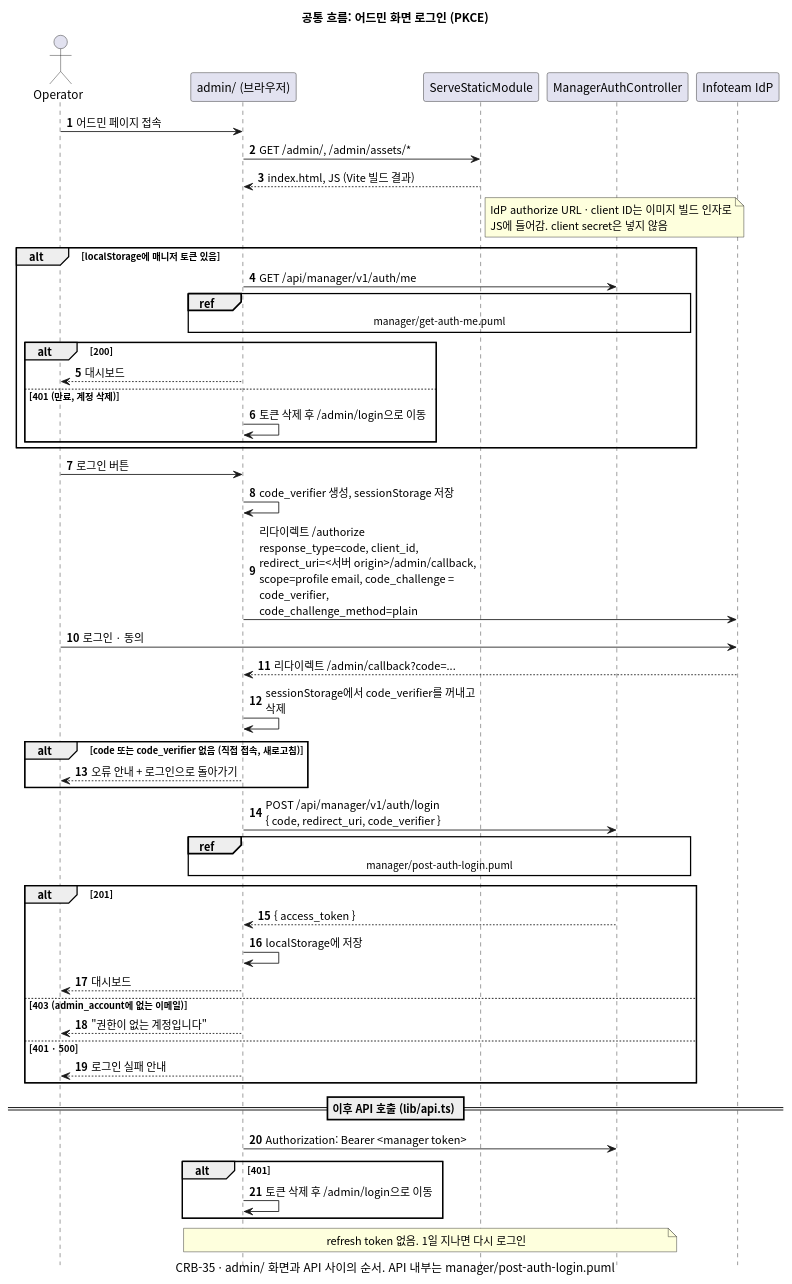
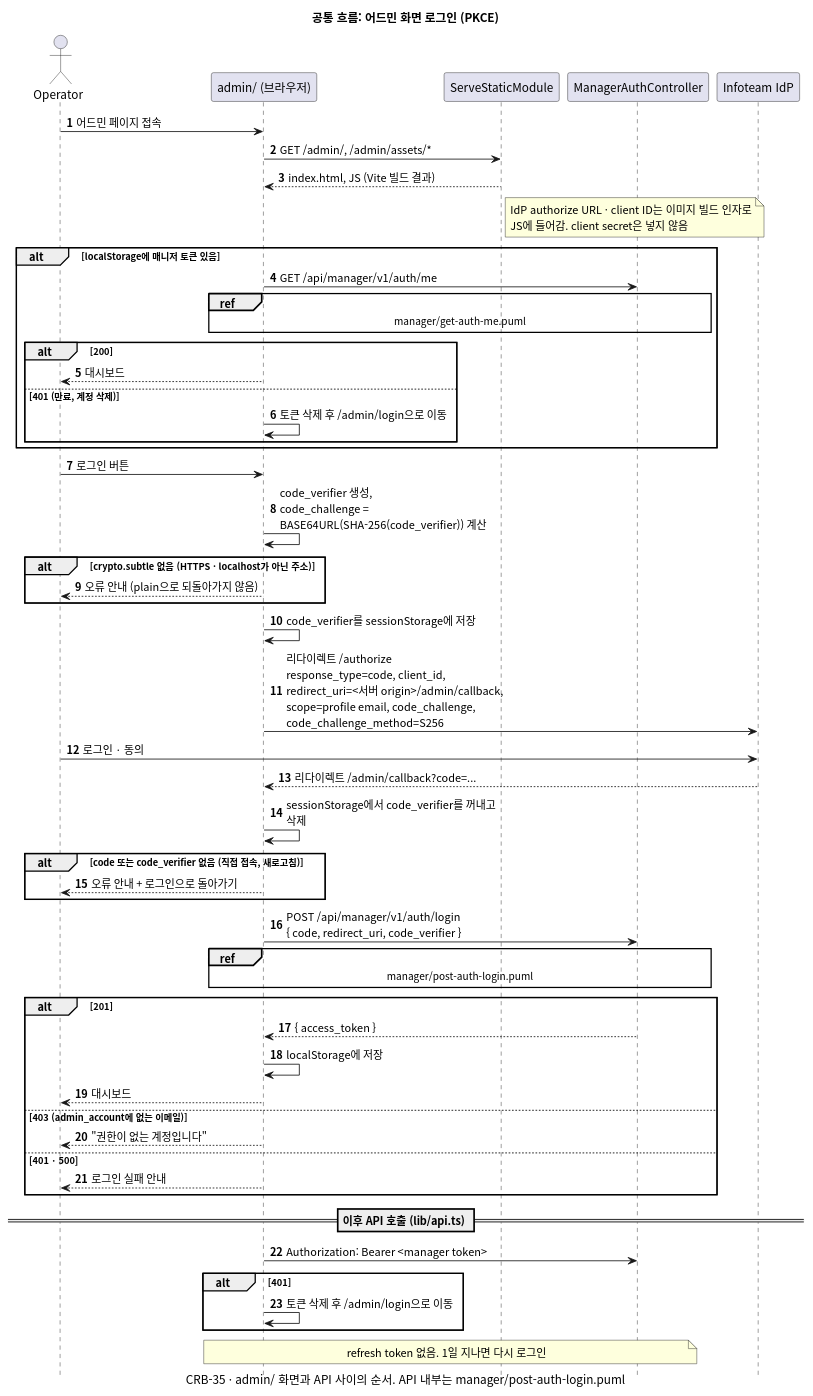
One commit to gsainfoteam/cheers-be changed the diagram in docs/sequence/flow/admin-login.puml. Above: the diagram before and after it, drawn with PlantUML. The commit also changed 2 other files, not shown here.

Commit message:
- feat: use S256 for admin IdP login PKCE (CRB-67)

```diff
--- a/docs/sequence/flow/admin-login.puml
+++ b/docs/sequence/flow/admin-login.puml
@@ -1,68 +1,72 @@
 @startuml admin-login
 skinparam defaultFontName "Apple SD Gothic Neo", "Noto Sans CJK KR", sans-serif
 skinparam responseMessageBelowArrow true
 skinparam sequenceMessageAlign left
 skinparam maxMessageSize 260
 skinparam BoxPadding 8
 skinparam shadowing false
 autonumber
 hide footbox
 
 title 공통 흐름: 어드민 화면 로그인 (PKCE)
 caption CRB-35 · admin/ 화면과 API 사이의 순서. API 내부는 manager/post-auth-login.puml
 
 actor Operator
 participant "admin/ (브라우저)" as Admin
 participant "ServeStaticModule" as Static
 participant "ManagerAuthController" as Api
 participant "Infoteam IdP" as IdP
 
 Operator -> Admin: 어드민 페이지 접속
 Admin -> Static: GET /admin/, /admin/assets/*
 Static --> Admin: index.html, JS (Vite 빌드 결과)
 note right of Static
   IdP authorize URL · client ID는 이미지 빌드 인자로
   JS에 들어감. client secret은 넣지 않음
 end note
 
 alt localStorage에 매니저 토큰 있음
   Admin -> Api: GET /api/manager/v1/auth/me
   ref over Admin, Api: manager/get-auth-me.puml
   alt 200
     Admin --> Operator: 대시보드
   else 401 (만료, 계정 삭제)
     Admin -> Admin: 토큰 삭제 후 /admin/login으로 이동
   end
 end
 
 Operator -> Admin: 로그인 버튼
-Admin -> Admin: code_verifier 생성, sessionStorage 저장
-Admin -> IdP: 리다이렉트 /authorize\nresponse_type=code, client_id, redirect_uri=<서버 origin>/admin/callback,\nscope=profile email, code_challenge = code_verifier, code_challenge_method=plain
+Admin -> Admin: code_verifier 생성,\ncode_challenge = BASE64URL(SHA-256(code_verifier)) 계산
+alt crypto.subtle 없음 (HTTPS · localhost가 아닌 주소)
+  Admin --> Operator: 오류 안내 (plain으로 되돌아가지 않음)
+end
+Admin -> Admin: code_verifier를 sessionStorage에 저장
+Admin -> IdP: 리다이렉트 /authorize\nresponse_type=code, client_id, redirect_uri=<서버 origin>/admin/callback,\nscope=profile email, code_challenge, code_challenge_method=S256
 Operator -> IdP: 로그인 · 동의
 IdP --> Admin: 리다이렉트 /admin/callback?code=...
 
 Admin -> Admin: sessionStorage에서 code_verifier를 꺼내고 삭제
 alt code 또는 code_verifier 없음 (직접 접속, 새로고침)
   Admin --> Operator: 오류 안내 + 로그인으로 돌아가기
 end
 Admin -> Api: POST /api/manager/v1/auth/login\n{ code, redirect_uri, code_verifier }
 ref over Admin, Api: manager/post-auth-login.puml
 alt 201
   Api --> Admin: { access_token }
   Admin -> Admin: localStorage에 저장
   Admin --> Operator: 대시보드
 else 403 (admin_account에 없는 이메일)
   Admin --> Operator: "권한이 없는 계정입니다"
 else 401 · 500
   Admin --> Operator: 로그인 실패 안내
 end
 
 == 이후 API 호출 (lib/api.ts) ==
 
 Admin -> Api: Authorization: Bearer <manager token>
 alt 401
   Admin -> Admin: 토큰 삭제 후 /admin/login으로 이동
 end
 note over Admin, Api: refresh token 없음. 1일 지나면 다시 로그인
 
 @enduml
```
